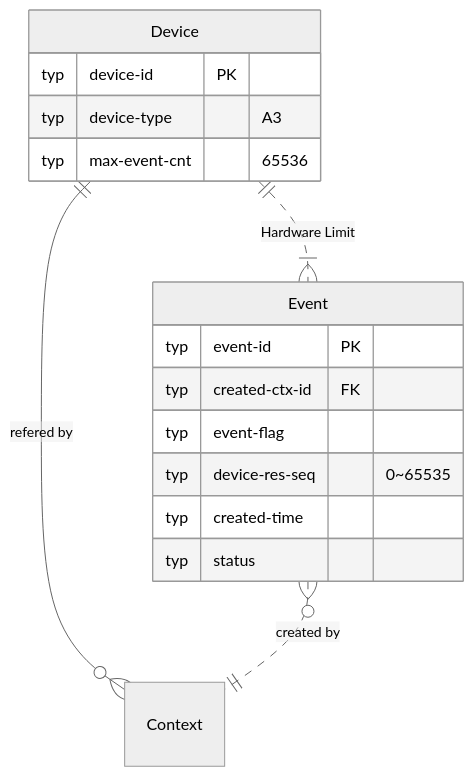
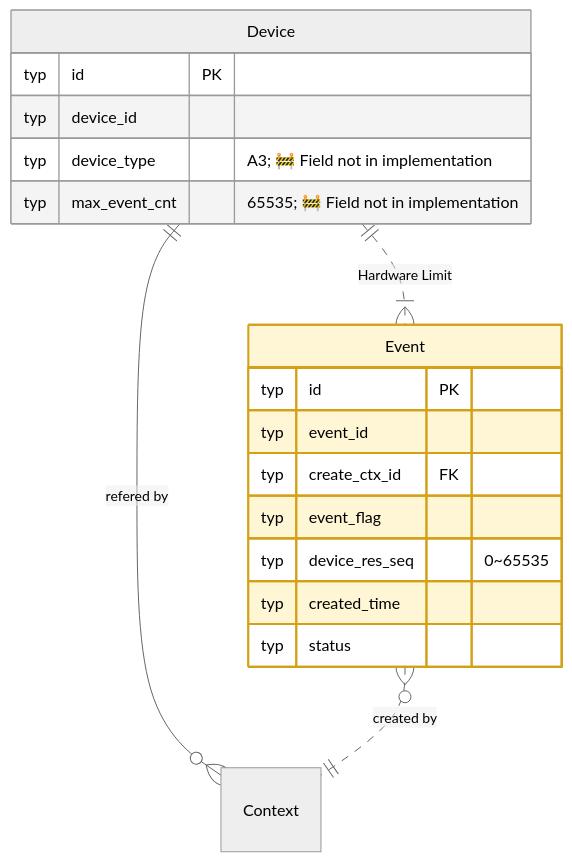
Before and after one commit to Fengfengst123/hcomm-mirror: the tenth of 19 diagrams in test/hccl_vm/docs/simulator_runner_data_model_en.md, drawn with Mermaid (neutral theme). The commit also changed other lines of this file and 701 other files, not shown here.

````diff
--- a/test/hccl_vm/docs/simulator_runner_data_model_en.md
+++ b/test/hccl_vm/docs/simulator_runner_data_model_en.md
@@ -711,20 +884,26 @@
 ```mermaid
 erDiagram
+    %% 🧠 Process-private candidate: Event (only accessed by src/proxy)
     Device ||..|{ Event : "Hardware Limit"
     Device ||--o{ Context : "refered by"
     Device {
-        typ device-id PK
-        typ device-type "A3"
-        typ max-event-cnt "65536"
+        typ id PK
+        typ device_id
+        typ device_type "A3; 🚧 Field not in implementation"
+        typ max_event_cnt "65535; 🚧 Field not in implementation"
     }
 
     Event }o..|| Context : "created by"
     Event {
-        typ event-id PK
-        typ created-ctx-id FK
-        typ event-flag
-        typ device-res-seq "0~65535"
-        typ created-time
+        typ id PK
+        typ event_id
+        typ create_ctx_id FK
+        typ event_flag
+        typ device_res_seq "0~65535"
+        typ created_time
         typ status
     }
+
+    classDef inproc fill:#fff6d6,stroke:#d4a017,stroke-width:2px
+    class Event inproc
 ```
````
